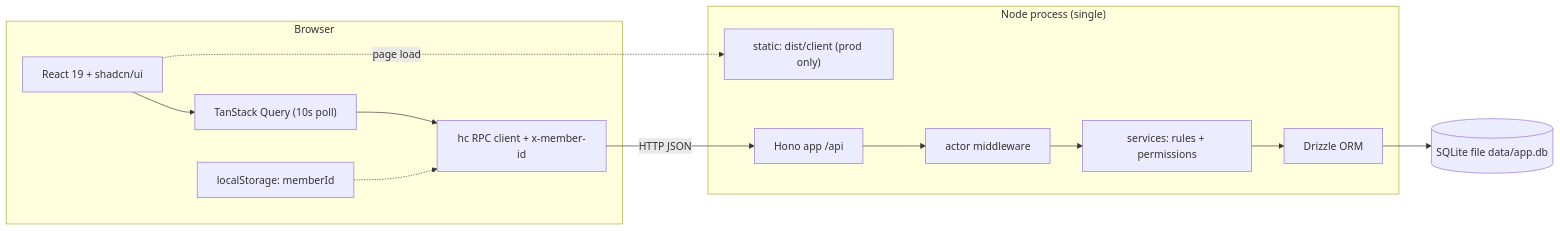
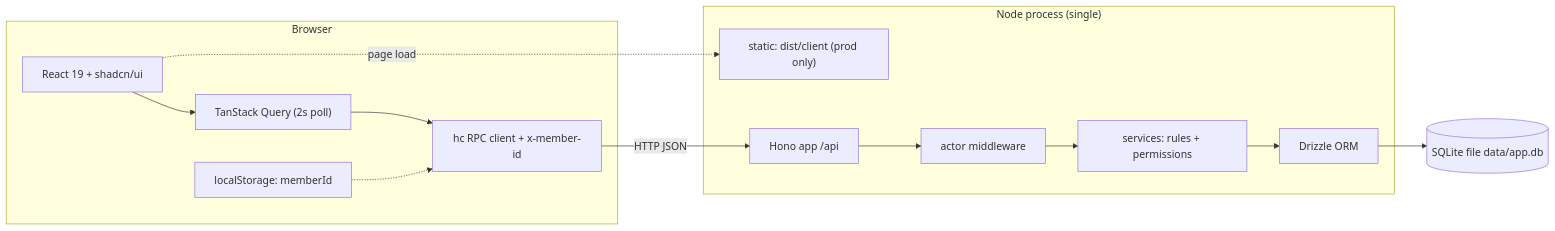
Before and after one commit to sbrough10/wechsel: the first of 4 diagrams in docs/architecture.md, drawn with Mermaid. The commit also changed other lines of this file and 12 other files, not shown here.

````diff
--- a/docs/architecture.md
+++ b/docs/architecture.md
@@ -64,23 +64,23 @@
 ```mermaid
 flowchart LR
     subgraph browser [Browser]
         UI["React 19 + shadcn/ui"]
-        TQ["TanStack Query (10s poll)"]
+        TQ["TanStack Query (2s poll)"]
         HC["hc RPC client + x-member-id"]
         LS["localStorage: memberId"]
         UI --> TQ --> HC
         LS -.-> HC
     end
     subgraph node ["Node process (single)"]
         Static["static: dist/client (prod only)"]
         API["Hono app /api"]
         Actor["actor middleware"]
         Svc["services: rules + permissions"]
         Drizzle["Drizzle ORM"]
         API --> Actor --> Svc --> Drizzle
     end
     DB[("SQLite file data/app.db")]
     HC -->|"HTTP JSON"| API
     UI -.->|"page load"| Static
     Drizzle --> DB
 ```
````
